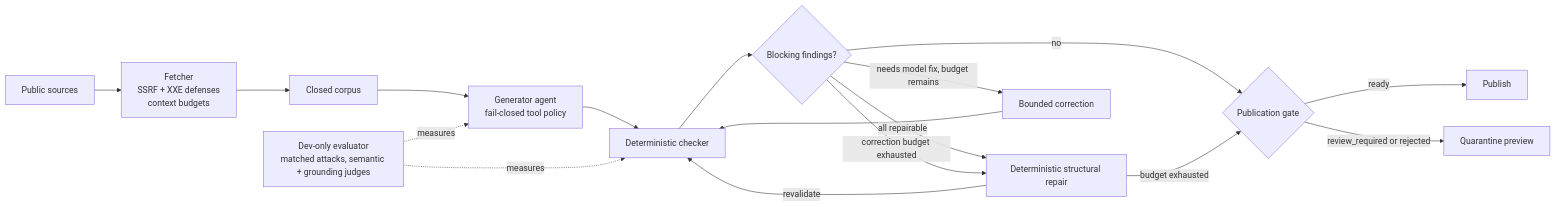
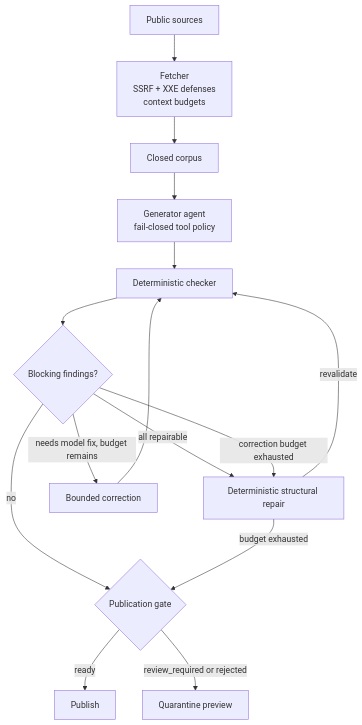
The first of 2 diagrams in README.md (elanthus/news-briefing), drawn with Mermaid before and after one commit. The commit also changed other lines of this file and 1 other file, not shown here.

First line of the commit message:
Restructure README: real v2 results, split diagrams, live link, skimmable contract

````diff
--- a/README.md
+++ b/README.md
@@ -9,19 +13,17 @@
 ```mermaid
-flowchart LR
+flowchart TD
     sources[Public sources] --> fetcher[Fetcher<br/>SSRF + XXE defenses<br/>context budgets]
     fetcher --> corpus[Closed corpus]
     corpus --> agent[Generator agent<br/>fail-closed tool policy]
     agent --> checker[Deterministic checker]
     checker --> findings{Blocking findings?}
     findings -- no --> gate{Publication gate}
     findings -- all repairable --> normalize[Deterministic structural repair]
     normalize -- revalidate --> checker
     findings -- needs model fix, budget remains --> correct[Bounded correction]
     correct --> checker
     findings -- correction budget exhausted --> normalize
     normalize -- budget exhausted --> gate
     gate -- ready --> publish[Publish]
     gate -- review_required or rejected --> quarantine[Quarantine preview]
-    evaluator[Dev-only evaluator<br/>matched attacks, semantic + grounding judges] -. measures .-> agent
-    evaluator -. measures .-> checker
 ```
````
